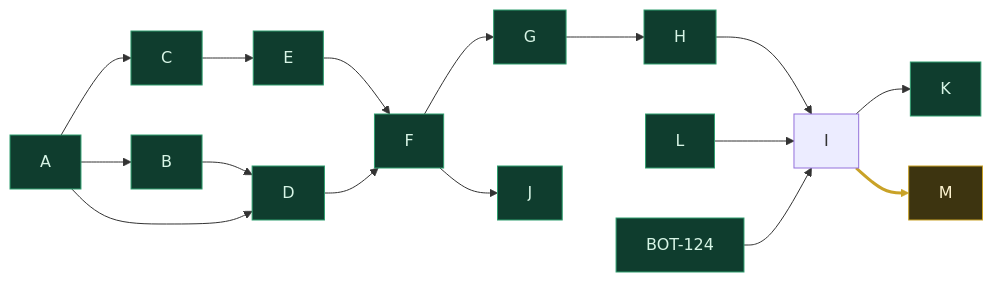
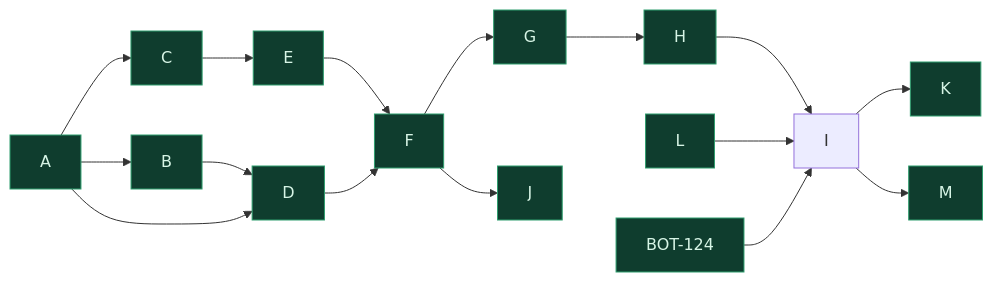
The second of 4 diagrams in Tasks/epics/EPIC-021_ket_noi_binance_futures_testnet/TRANG_THAI_va_LO_TRINH.md (anhembedded/Sagittarius_Elite_Warrior), drawn with Mermaid before and after one commit. The commit also changed other lines of this file and 26 other files, not shown here.

````diff
--- a/Tasks/epics/EPIC-021_ket_noi_binance_futures_testnet/TRANG_THAI_va_LO_TRINH.md
+++ b/Tasks/epics/EPIC-021_ket_noi_binance_futures_testnet/TRANG_THAI_va_LO_TRINH.md
@@ -81,21 +76,17 @@
 ```mermaid
 flowchart LR
   classDef done fill:#0f3d2e,stroke:#2f9e6e,color:#d7f5e6
-  classDef ready fill:#3d3410,stroke:#c9a227,color:#fdf3d0
 
   A["A"] --> B["B"] --> D["D"]
   A --> C["C"] --> E["E"] --> F["F"]
   A --> D
   D --> F
   F --> G["G"] --> H["H"] --> I["I"]
   F --> J["J"]
   L["L"] --> I
   T124["BOT-124"] --> I
   I --> K["K"]
   I --> M["M"]
 
-  class A,B,C,D,E,F,G,H,J,L,T124,K done
-  class M ready
-
-  linkStyle 14 stroke:#c9a227,stroke-width:3px
+  class A,B,C,D,E,F,G,H,J,L,T124,K,M done
 ```
````
